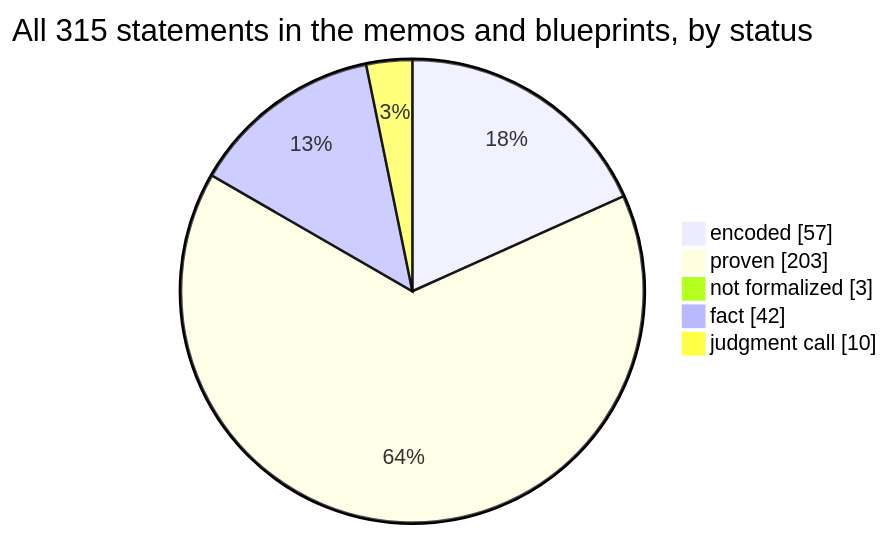
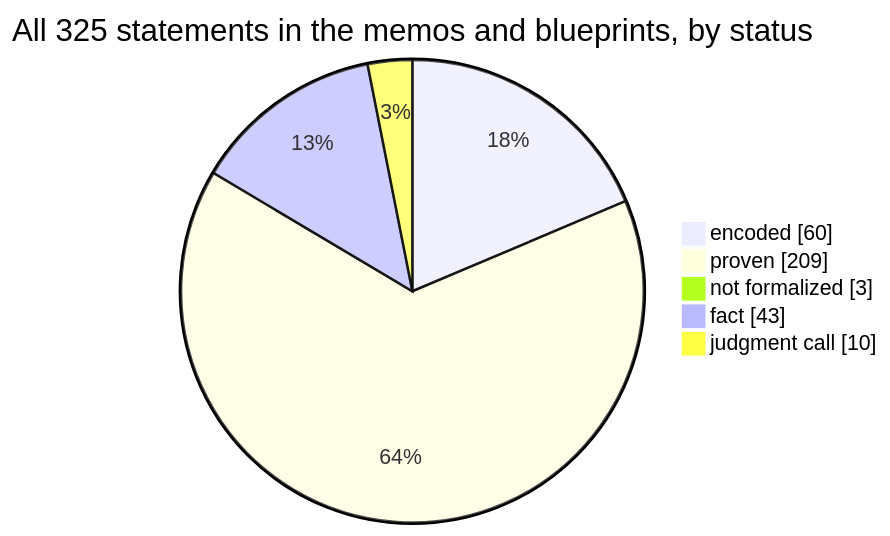
The first of 4 diagrams in docs/graphs/dashboard.md (SeanWMurray/Canteen), drawn with Mermaid before and after one commit. The commit also changed other lines of this file and 29 other files, not shown here.

````diff
--- a/docs/graphs/dashboard.md
+++ b/docs/graphs/dashboard.md
@@ -11,8 +11,8 @@
 ```mermaid
-pie showData title All 315 statements in the memos and blueprints, by status
-    "encoded" : 57
-    "proven" : 203
+pie showData title All 325 statements in the memos and blueprints, by status
+    "encoded" : 60
+    "proven" : 209
     "not formalized" : 3
-    "fact" : 42
+    "fact" : 43
     "judgment call" : 10
 ```
````
